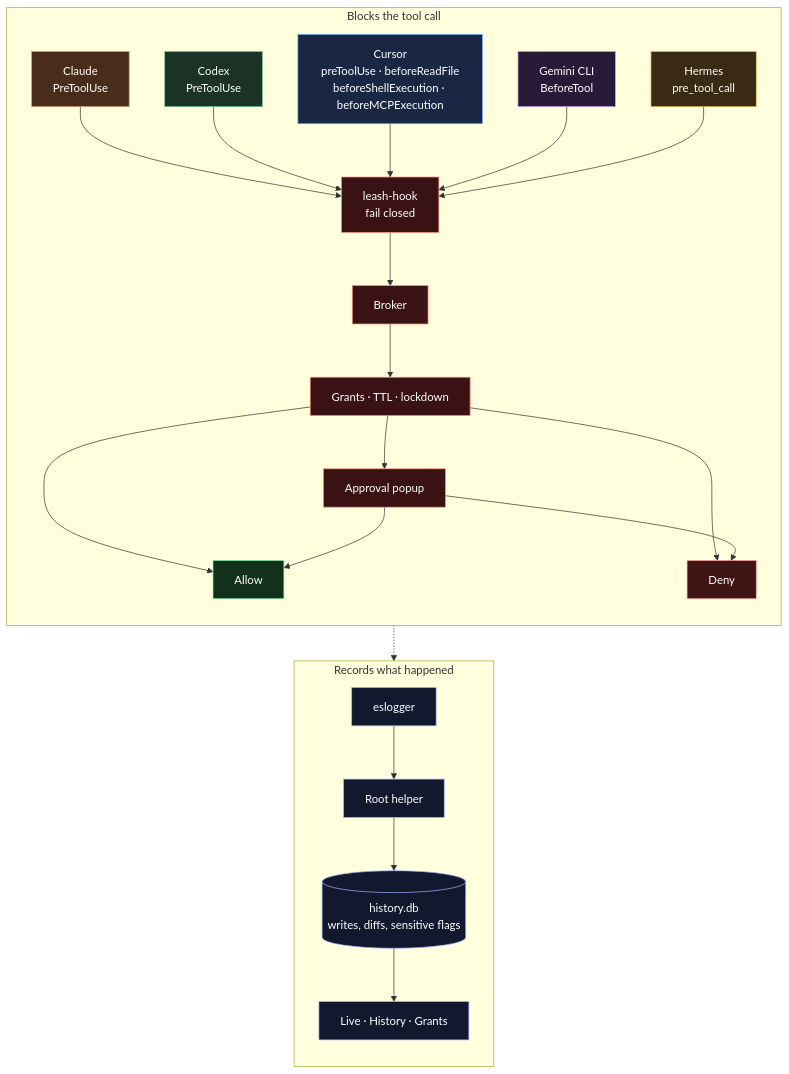
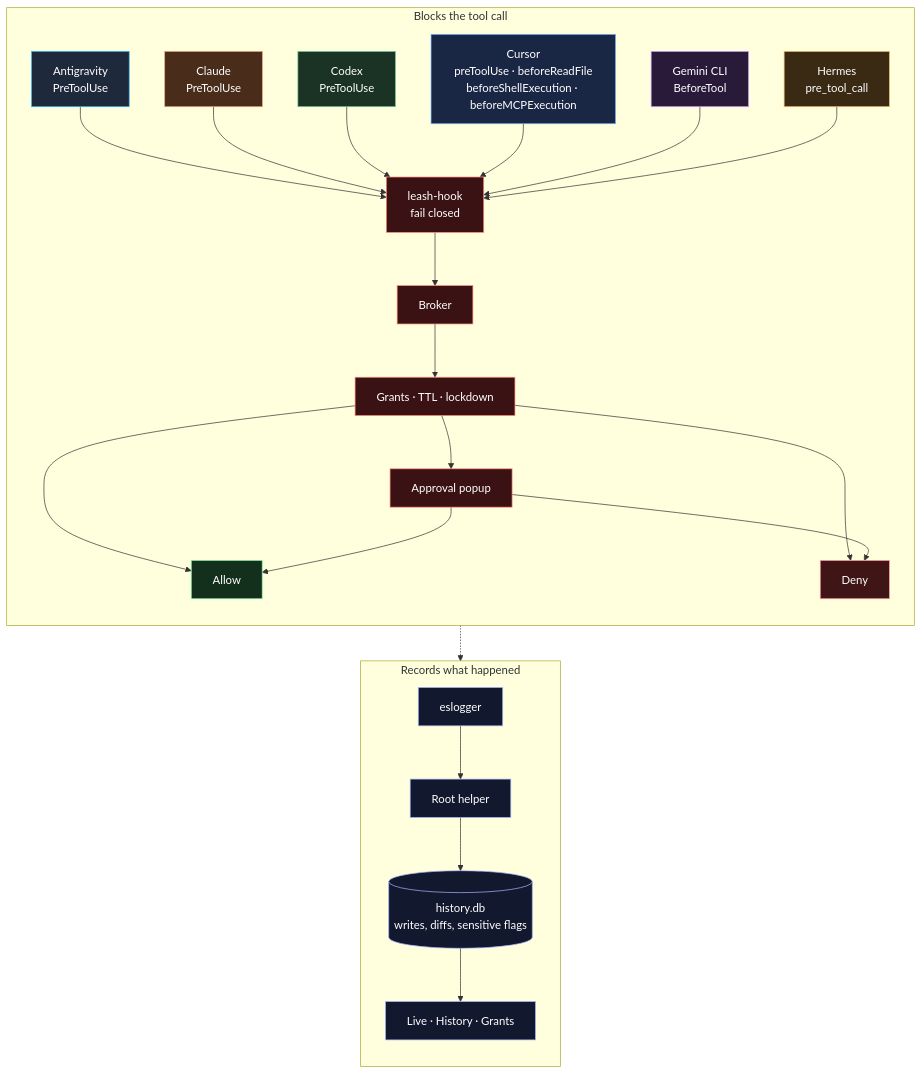
The diagram in README.md (velusgautam/agentic-leash), drawn with Mermaid before and after one commit. The commit also changed other lines of this file and 9 other files, not shown here.

````diff
--- a/README.md
+++ b/README.md
@@ -97,58 +118,62 @@
 ```mermaid
 flowchart TB
   subgraph gate ["Blocks the tool call"]
     direction TB
+    antigravity["Antigravity<br>PreToolUse"]
     claude["Claude<br>PreToolUse"]
     codex["Codex<br>PreToolUse"]
     cursor["Cursor<br>preToolUse · beforeReadFile<br>beforeShellExecution · beforeMCPExecution"]
     gemini["Gemini CLI<br>BeforeTool"]
     hermes["Hermes<br>pre_tool_call"]
     hook["leash-hook<br>fail closed"]
     broker["Broker"]
     rules["Grants · TTL · lockdown"]
     popup["Approval popup"]
     allow["Allow"]
     deny["Deny"]
+    antigravity --> hook
     claude --> hook
     codex --> hook
     cursor --> hook
     gemini --> hook
     hermes --> hook
     hook --> broker --> rules
     rules --> allow
     rules --> deny
     rules --> popup
     popup --> allow
     popup --> deny
   end
 
   subgraph record ["Records what happened"]
     direction TB
     es["eslogger"]
     helper["Root helper"]
     db[("history.db<br>writes, diffs, sensitive flags")]
     ui["Live · History · Grants"]
     es --> helper --> db --> ui
   end
 
   rules -.-> ui
 
+  classDef antigravity fill:#1e293b,stroke:#38bdf8,color:#fff
   classDef claude fill:#4a2c1a,stroke:#e8a87c,color:#fff
   classDef cursor fill:#1a2744,stroke:#7eb6ff,color:#fff
   classDef codex fill:#1a3324,stroke:#7dcea0,color:#fff
   classDef gemini fill:#2a1a3a,stroke:#d7a3ff,color:#fff
   classDef hermes fill:#3a2a14,stroke:#f0c36a,color:#fff
   classDef core fill:#3a1214,stroke:#ff8a7a,color:#fff
   classDef ok fill:#12301c,stroke:#86efac,color:#fff
   classDef no fill:#3f1515,stroke:#fca5a5,color:#fff
   classDef watch fill:#12182e,stroke:#a5b4fc,color:#fff
+  class antigravity antigravity
   class claude claude
   class cursor cursor
   class codex codex
   class gemini gemini
   class hermes hermes
   class hook,broker,rules,popup core
   class allow ok
   class deny no
   class es,helper,db,ui watch
 ```
````
